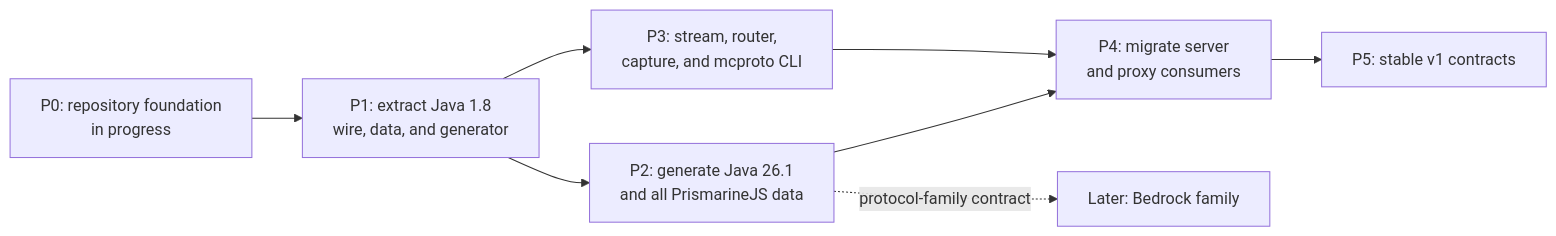
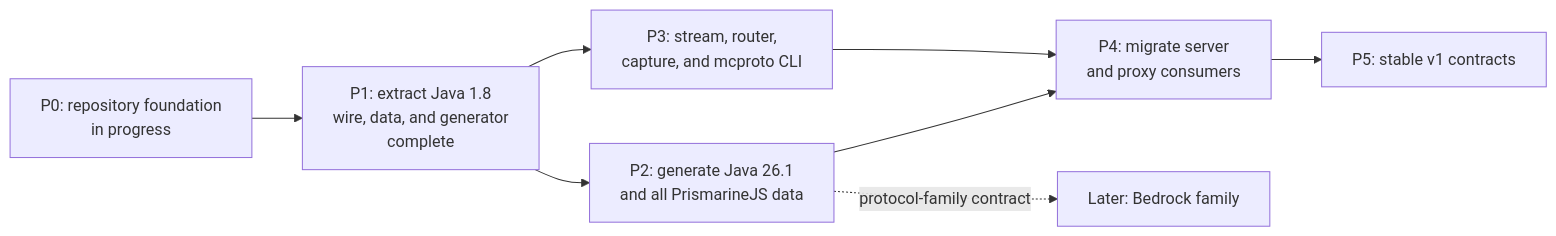
One commit to go-theft-craft/minecraft-protocol changed the diagram in ROADMAP.md. Above: the diagram before and after it, drawn with Mermaid. The commit also changed other lines of this file and 32 other files, not shown here.

First line of the commit message:
feat(protocol and codegen): add support for ProtoDef schema and built-in protocol 47 descriptor

````diff
--- a/ROADMAP.md
+++ b/ROADMAP.md
@@ -5,18 +5,18 @@
 ```mermaid
 flowchart LR
     P0["P0: repository foundation<br/>in progress"]
-    P1["P1: extract Java 1.8<br/>wire, data, and generator"]
+    P1["P1: extract Java 1.8<br/>wire, data, and generator<br/>complete"]
     P2["P2: generate Java 26.1<br/>and all PrismarineJS data"]
     P3["P3: stream, router,<br/>capture, and mcproto CLI"]
     P4["P4: migrate server<br/>and proxy consumers"]
     P5["P5: stable v1 contracts"]
     PX["Later: Bedrock family"]
 
     P0 --> P1
     P1 --> P2
     P1 --> P3
     P2 --> P4
     P3 --> P4
     P4 --> P5
     P2 -. protocol-family contract .-> PX
 ```
````
